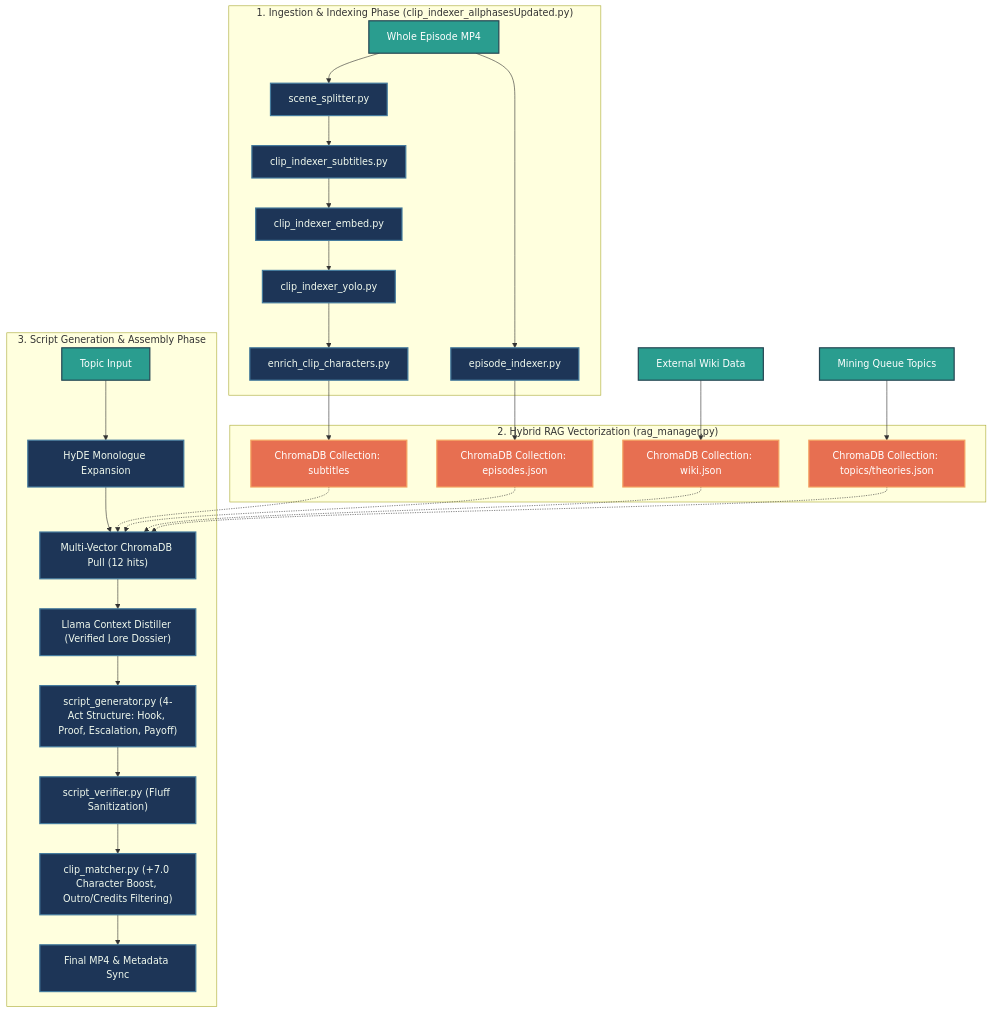
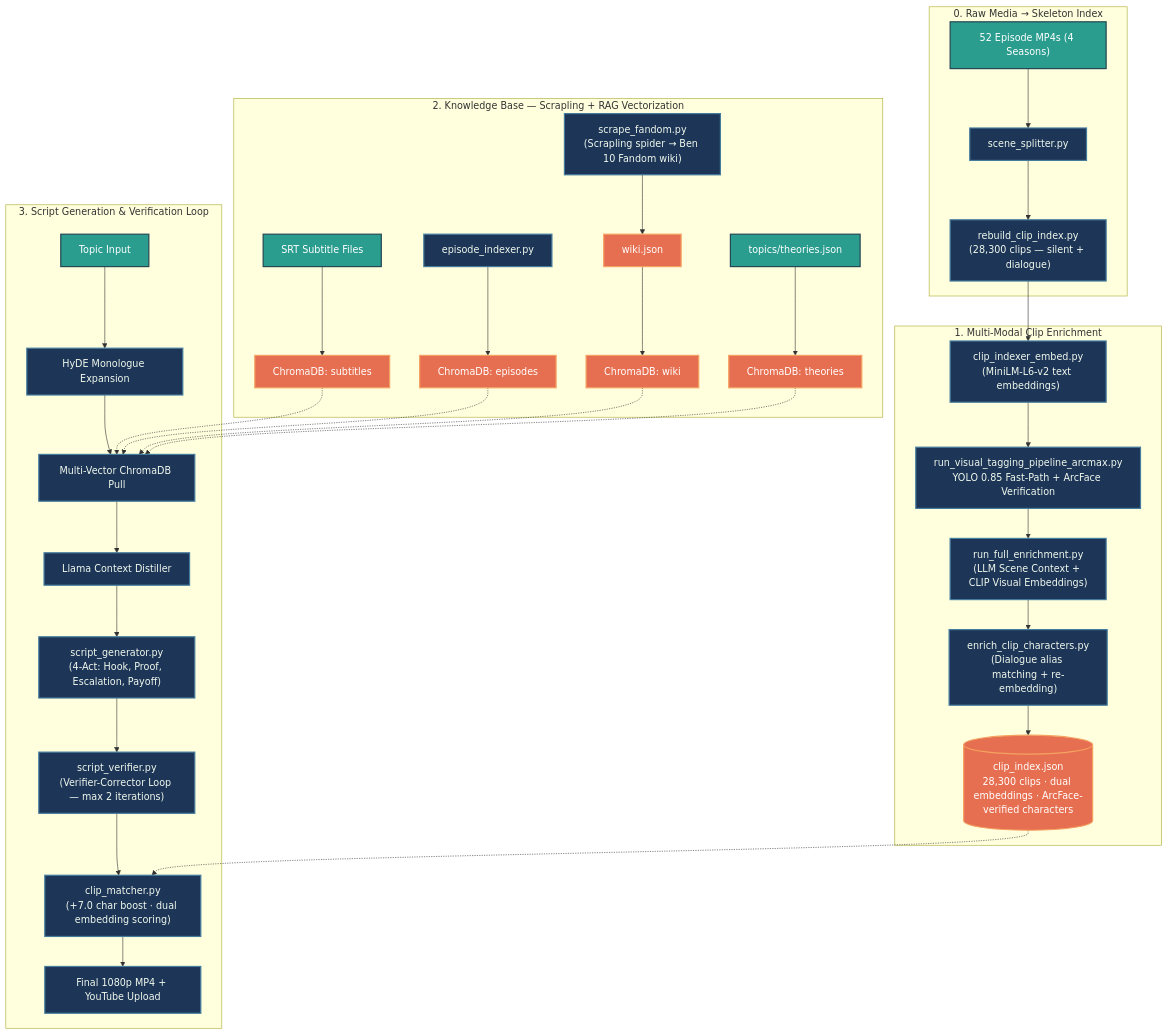
The first of 2 diagrams in README.md (25bda095-droid/AutomationPipeline), drawn with Mermaid before and after one commit. The commit also changed other lines of this file, not shown here.

````diff
--- a/README.md
+++ b/README.md
@@ -38,48 +38,47 @@
 ```mermaid
 flowchart TD
     classDef phase fill:#2b2d42,stroke:#8d99ae,stroke-width:2px,color:#edf2f4;
     classDef script fill:#1d3557,stroke:#457b9d,stroke-width:2px,color:#f1faee;
     classDef data fill:#2a9d8f,stroke:#264653,stroke-width:2px,color:#ffffff;
     classDef db fill:#e76f51,stroke:#f4a261,stroke-width:2px,color:#ffffff;
 
-    subgraph Phase1 ["1. Ingestion & Indexing Phase (clip_indexer_allphasesUpdated.py)"]
-        RawMP4["Whole Episode MP4"] --> Split["scene_splitter.py"]
-        Split --> Sub["clip_indexer_subtitles.py"]
-        Sub --> Embed["clip_indexer_embed.py"]
-        Embed --> YOLO["clip_indexer_yolo.py"]
-        YOLO --> Enrich["enrich_clip_characters.py"]
-        RawMP4 --> EpIdx["episode_indexer.py"]
+    subgraph Phase0 ["0. Raw Media → Skeleton Index"]
+        RawMP4["52 Episode MP4s (4 Seasons)"] --> Split["scene_splitter.py"]
+        Split --> Rebuild["rebuild_clip_index.py\n(28,300 clips — silent + dialogue)"]
     end
 
-    subgraph Phase2 ["2. Hybrid RAG Vectorization (rag_manager.py)"]
-        ColSub["ChromaDB Collection: subtitles"]
-        ColEp["ChromaDB Collection: episodes.json"]
-        ColWiki["ChromaDB Collection: wiki.json"]
-        ColTopic["ChromaDB Collection: topics/theories.json"]
+    subgraph Phase1 ["1. Multi-Modal Clip Enrichment"]
+        Rebuild --> Embed["clip_indexer_embed.py\n(MiniLM-L6-v2 text embeddings)"]
+        Embed --> ArcMax["run_visual_tagging_pipeline_arcmax.py\nYOLO 0.85 Fast-Path + ArcFace Verification"]
+        ArcMax --> FullEnrich["run_full_enrichment.py\n(LLM Scene Context + CLIP Visual Embeddings)"]
+        FullEnrich --> CharEnrich["enrich_clip_characters.py\n(Dialogue alias matching + re-embedding)"]
+        CharEnrich --> ClipIdx[("clip_index.json\n28,300 clips · dual embeddings · ArcFace-verified characters")]
     end
 
-    Enrich --> ColSub
-    EpIdx --> ColEp
-    ExtWiki["External Wiki Data"] --> ColWiki
-    ExtTopics["Mining Queue Topics"] --> ColTopic
+    subgraph Phase2 ["2. Knowledge Base — Scrapling + RAG Vectorization"]
+        FandomScrape["scrape_fandom.py\n(Scrapling spider → Ben 10 Fandom wiki)"] --> WikiJSON["wiki.json"]
+        SubSRT["SRT Subtitle Files"] --> ColSub["ChromaDB: subtitles"]
+        EpIdx["episode_indexer.py"] --> ColEp["ChromaDB: episodes"]
+        WikiJSON --> ColWiki["ChromaDB: wiki"]
+        TheoriesJSON["topics/theories.json"] --> ColTopic["ChromaDB: theories"]
+    end
 
-    subgraph Phase3 ["3. Script Generation & Assembly Phase"]
+    subgraph Phase3 ["3. Script Generation & Verification Loop"]
         TopicIn["Topic Input"] --> HyDE["HyDE Monologue Expansion"]
-        HyDE --> Pull["Multi-Vector ChromaDB Pull (12 hits)"]
-        
+        HyDE --> Pull["Multi-Vector ChromaDB Pull"]
         ColSub -.-> Pull
         ColEp -.-> Pull
         ColWiki -.-> Pull
         ColTopic -.-> Pull
-
-        Pull --> Distiller["Llama Context Distiller (Verified Lore Dossier)"]
-        Distiller --> ScriptGen["script_generator.py (4-Act Structure: Hook, Proof, Escalation, Payoff)"]
-        ScriptGen --> Verifier["script_verifier.py (Fluff Sanitization)"]
-        Verifier --> Matcher["clip_matcher.py (+7.0 Character Boost, Outro/Credits Filtering)"]
-        Matcher --> FinalOut["Final MP4 & Metadata Sync"]
+        Pull --> Distiller["Llama Context Distiller"]
+        Distiller --> ScriptGen["script_generator.py\n(4-Act: Hook, Proof, Escalation, Payoff)"]
+        ScriptGen --> Verifier["script_verifier.py\n(Verifier-Corrector Loop — max 2 iterations)"]
+        Verifier --> Matcher["clip_matcher.py\n(+7.0 char boost · dual embedding scoring)"]
+        ClipIdx -.-> Matcher
+        Matcher --> FinalOut["Final 1080p MP4 + YouTube Upload"]
     end
 
-    class RawMP4,TopicIn,ExtWiki,ExtTopics data;
-    class Split,Sub,Embed,YOLO,Enrich,EpIdx,HyDE,Pull,Distiller,ScriptGen,Verifier,Matcher,FinalOut script;
-    class ColSub,ColEp,ColWiki,ColTopic db;
+    class RawMP4,TopicIn,SubSRT,TheoriesJSON data;
+    class Split,Rebuild,Embed,ArcMax,FullEnrich,CharEnrich,FandomScrape,EpIdx,HyDE,Pull,Distiller,ScriptGen,Verifier,Matcher,FinalOut script;
+    class ClipIdx,ColSub,ColEp,ColWiki,ColTopic,WikiJSON db;
 ```
````
